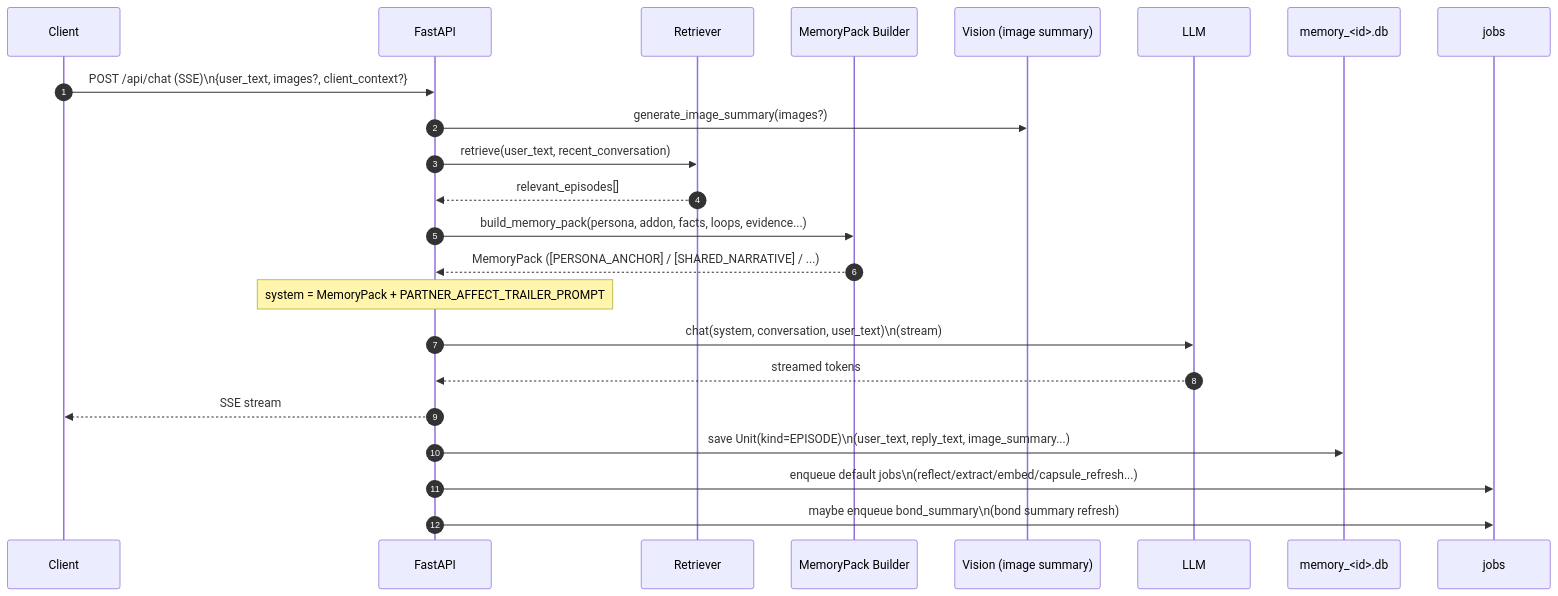
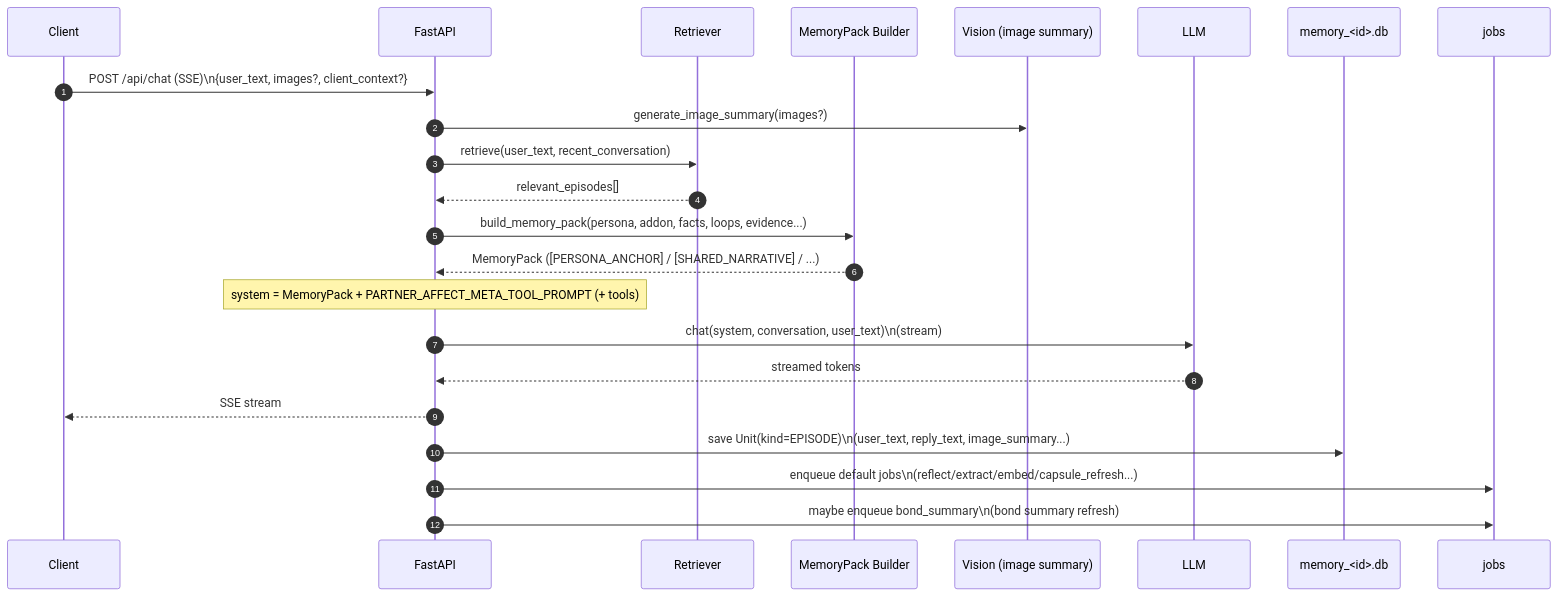
One commit to hirona98/cocoro_ghost changed the third of 4 diagrams in docs/prompt_usage_map.md. Above: the diagram before and after it, drawn with Mermaid. The commit also changed other lines of this file and 11 other files, not shown here.

````diff
--- a/docs/prompt_usage_map.md
+++ b/docs/prompt_usage_map.md
@@ -160,26 +160,26 @@
 ```mermaid
 sequenceDiagram
   autonumber
   participant UI as Client
   participant API as FastAPI
   participant RET as Retriever
   participant SCH as MemoryPack Builder
   participant VIS as Vision (image summary)
   participant LLM as LLM
   participant DB as memory_<id>.db
   participant Q as jobs
 
   UI->>API: POST /api/chat (SSE)\n{user_text, images?, client_context?}
   API->>VIS: generate_image_summary(images?)
   API->>RET: retrieve(user_text, recent_conversation)
   RET-->>API: relevant_episodes[]
   API->>SCH: build_memory_pack(persona, addon, facts, loops, evidence...)
   SCH-->>API: MemoryPack ([PERSONA_ANCHOR] / [SHARED_NARRATIVE] / ...)
-  Note over API: system = MemoryPack + PARTNER_AFFECT_TRAILER_PROMPT
+  Note over API: system = MemoryPack + PARTNER_AFFECT_META_TOOL_PROMPT (+ tools)
   API->>LLM: chat(system, conversation, user_text)\n(stream)
   LLM-->>API: streamed tokens
   API-->>UI: SSE stream
   API->>DB: save Unit(kind=EPISODE)\n(user_text, reply_text, image_summary...)
   API->>Q: enqueue default jobs\n(reflect/extract/embed/capsule_refresh...)
   API->>Q: maybe enqueue bond_summary\n(bond summary refresh)
 ```
````
